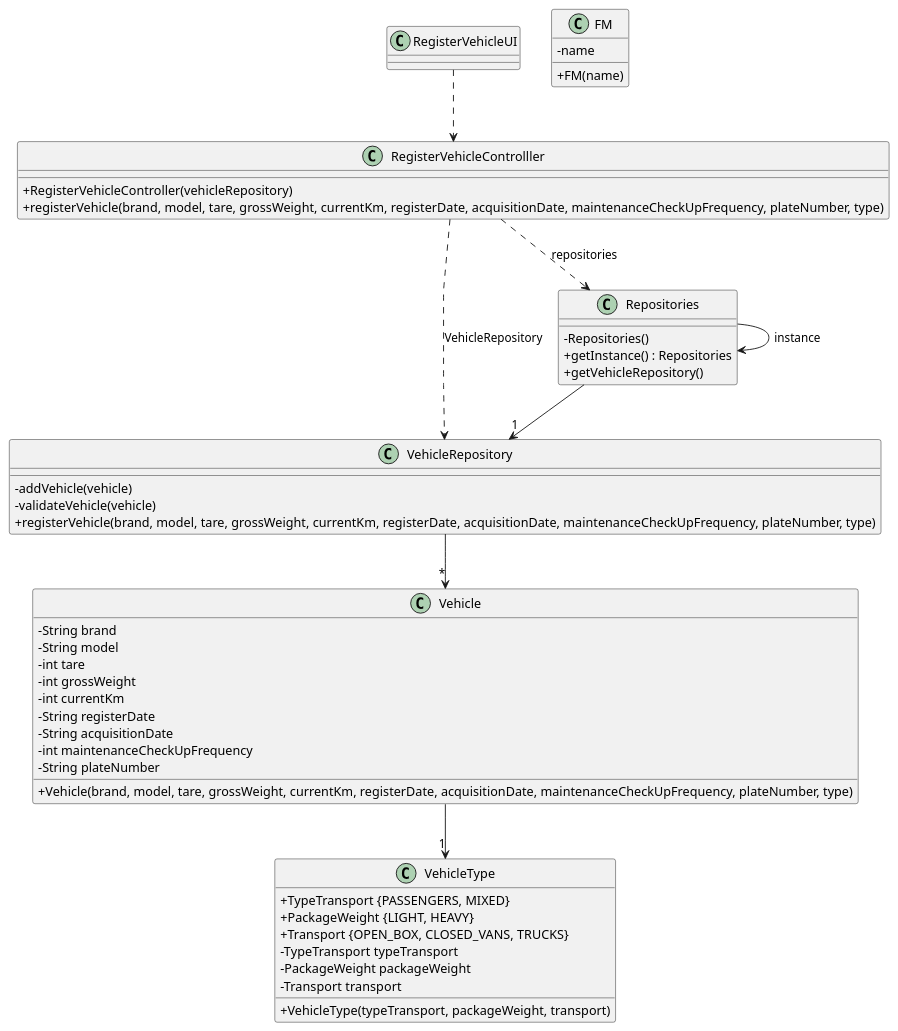
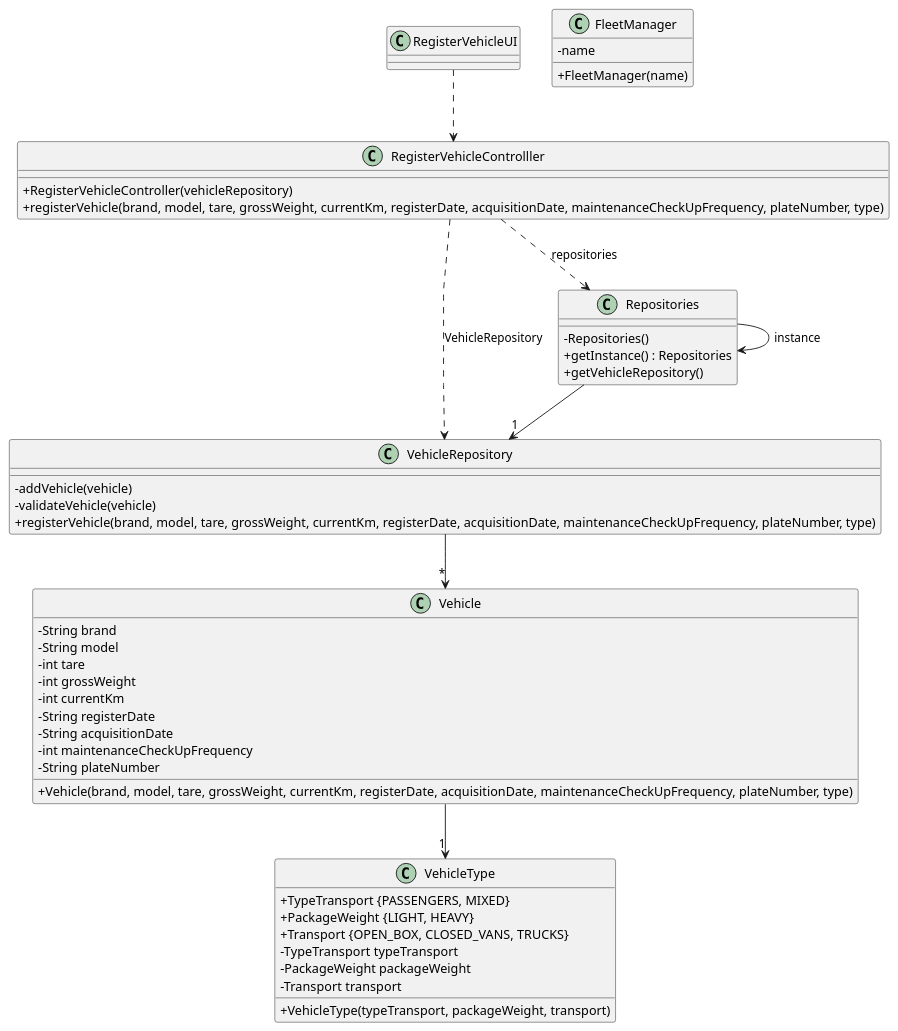
The diagram in docs/sprintA&B/us006/03.design/puml/us006-class-diagram.puml (daniel41silva05/ISEP_2023_2024_LAPR2), drawn with PlantUML before and after one commit. The commit also changed 9 other files, not shown here.

Commit message:
corrections in coherence between domain model and class diagram

```diff
--- a/docs/sprintA&B/us006/03.design/puml/us006-class-diagram.puml
+++ b/docs/sprintA&B/us006/03.design/puml/us006-class-diagram.puml
@@ -1,70 +1,70 @@
 @startuml
 'skinparam monochrome true
 skinparam packageStyle rectangle
 skinparam shadowing false
 skinparam linetype polyline
 'skinparam linetype orto
 
 skinparam classAttributeIconSize 0
 
 'left to right direction
 
 class RegisterVehicleUI {
 
 }
 
 class RegisterVehicleControlller {
     +RegisterVehicleController(vehicleRepository)
     +registerVehicle(brand, model, tare, grossWeight, currentKm, registerDate, acquisitionDate, maintenanceCheckUpFrequency, plateNumber, type)
 }
 
 class VehicleRepository {
     -addVehicle(vehicle)
     -validateVehicle(vehicle)
     +registerVehicle(brand, model, tare, grossWeight, currentKm, registerDate, acquisitionDate, maintenanceCheckUpFrequency, plateNumber, type)
 }
 
 class Vehicle {
     -String brand
     -String model
     -int tare
     -int grossWeight
     -int currentKm
     -String registerDate
     -String acquisitionDate
     -int maintenanceCheckUpFrequency
     -String plateNumber
     +Vehicle(brand, model, tare, grossWeight, currentKm, registerDate, acquisitionDate, maintenanceCheckUpFrequency, plateNumber, type)
 
 }
 
 class VehicleType {
     +TypeTransport {PASSENGERS, MIXED}
     +PackageWeight {LIGHT, HEAVY}
     +Transport {OPEN_BOX, CLOSED_VANS, TRUCKS}
     -TypeTransport typeTransport
     -PackageWeight packageWeight
     -Transport transport
     +VehicleType(typeTransport, packageWeight, transport)
 }
 
-class FM {
+class FleetManager {
     - name
-    + FM(name)
+    + FleetManager(name)
 }
 
 class Repositories {
     - Repositories()
     + getInstance() : Repositories
     + getVehicleRepository()
 }
 
 RegisterVehicleUI ..> RegisterVehicleControlller
 RegisterVehicleControlller ..> Repositories: repositories
 RegisterVehicleControlller ..> VehicleRepository: VehicleRepository
 Repositories --> Repositories: instance
 Repositories --> "1" VehicleRepository
 VehicleRepository --> "*" Vehicle
 Vehicle --> "1" VehicleType
 
 @enduml
```
